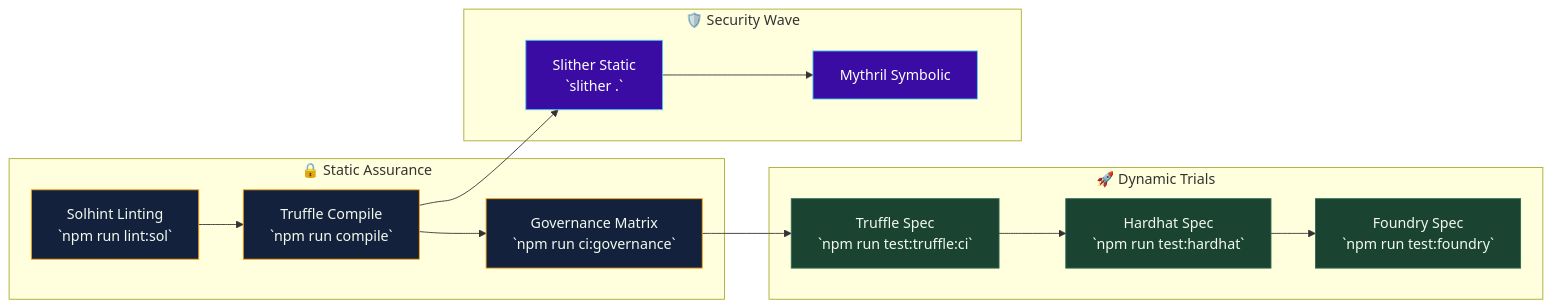
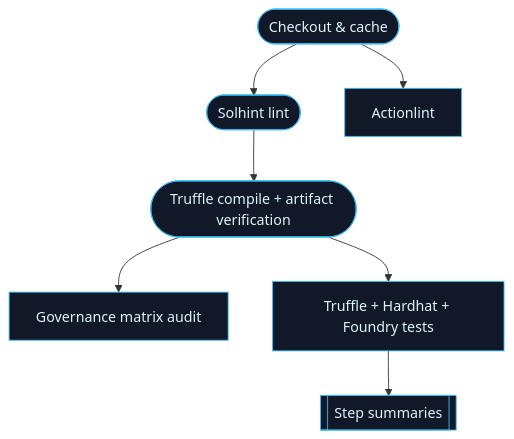
One commit to MontrealAI/agijobs-sovereign-labor-v0p1 changed the third of 3 diagrams in docs/README.md. Above: the diagram before and after it, drawn with Mermaid. The commit also changed other lines of this file and 1 other file, not shown here.

````diff
--- a/docs/README.md
+++ b/docs/README.md
@@ -176,26 +166,11 @@
 ```mermaid
-flowchart LR
-    subgraph StaticGuards["🔒 Static Assurance"]
-        Lint[Solhint Linting\n`npm run lint:sol`]
-        Compile[Truffle Compile\n`npm run compile`]
-        GovAudit[Governance Matrix\n`npm run ci:governance`]
-    end
-    subgraph DynamicTrials["🚀 Dynamic Trials"]
-        TruffleTest[Truffle Spec\n`npm run test:truffle:ci`]
-        HardhatTest[Hardhat Spec\n`npm run test:hardhat`]
-        FoundryTest[Foundry Spec\n`npm run test:foundry`]
-    end
-    subgraph SecurityWave["🛡️ Security Wave"]
-        Slither[Slither Static\n`slither .`]
-        Mythril[Mythril Symbolic]
-    end
-    Lint --> Compile --> GovAudit
-    GovAudit --> TruffleTest --> HardhatTest --> FoundryTest
-    Compile --> Slither --> Mythril
-    classDef StaticGuards fill:#14213d,stroke:#fca311,color:#f1faee;
-    classDef DynamicTrials fill:#1b4332,stroke:#2d6a4f,color:#f1faee;
-    classDef SecurityWave fill:#3a0ca3,stroke:#4cc9f0,color:#ffffff;
-    class Lint,Compile,GovAudit StaticGuards;
-    class TruffleTest,HardhatTest,FoundryTest DynamicTrials;
-    class Slither,Mythril SecurityWave;
+flowchart TB
+    Checkout([Checkout & cache]) --> Lint
+    Lint([Solhint lint]) --> Compile
+    Compile([Truffle compile + artifact verification]) --> Governance[Governance matrix audit]
+    Compile --> Tests[Truffle + Hardhat + Foundry tests]
+    Tests --> Summary[[Step summaries]]
+    Checkout --> Actionlint
+    classDef stage fill:#111827,stroke:#38bdf8,color:#e0f2fe;
+    class Checkout,Lint,Compile,Governance,Tests,Summary,Actionlint stage;
 ```
````
